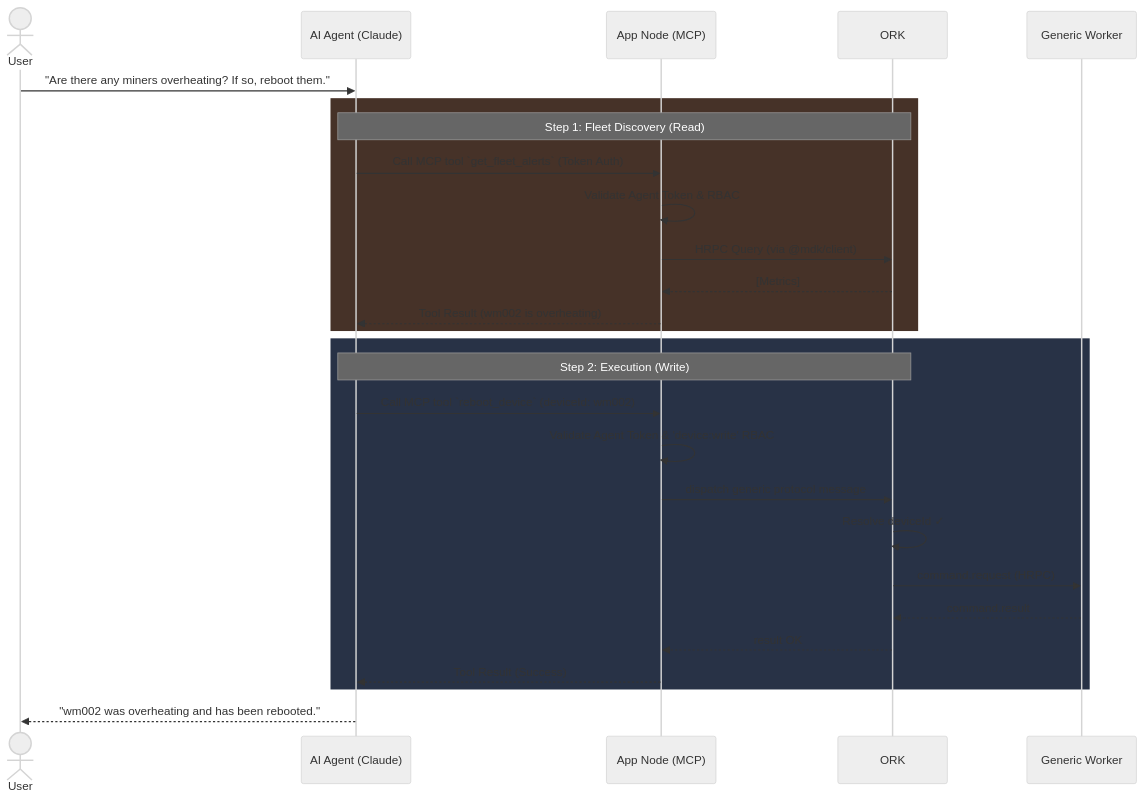
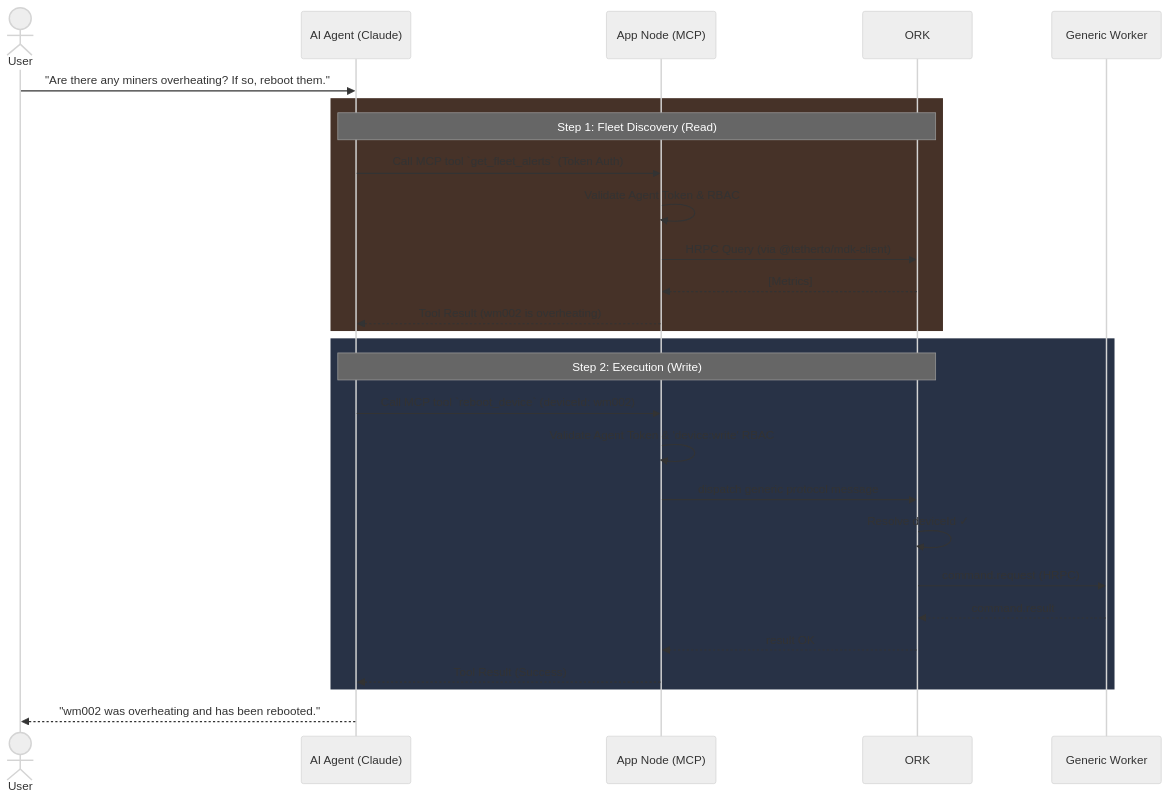
One commit to Gio-Galt/mdk-be changed diagram 11 of 13 in docs/hld.md. Above: the diagram before and after it, drawn with Mermaid (neutral theme). The commit also changed other lines of this file and 1 other file, not shown here.

Commit message:
Update @mdk/ ti @tetherto/mdk-

````diff
--- a/docs/hld.md
+++ b/docs/hld.md
@@ -450,33 +455,33 @@
 ```mermaid
 sequenceDiagram
     actor User
     participant AI as AI Agent (Claude)
     participant Node as App Node (MCP)
     participant ORK as ORK
     participant Worker as Generic Worker
 
     User->>AI: "Are there any miners overheating? If so, reboot them."
     
     rect rgb(70, 50, 40)
     Note over AI,ORK: Step 1: Fleet Discovery (Read)
     AI->>Node: Call MCP tool `get_fleet_alerts` (Token Auth)
     Node->>Node: Validate Agent Token & RBAC
-    Node->>ORK: HRPC Query (via @mdk/client)
+    Node->>ORK: HRPC Query (via @tetherto/mdk-client)
     ORK-->>Node: [Metrics]
     Node-->>AI: Tool Result (wm002 is overheating)
     end
     
     rect rgb(40, 50, 70)
     Note over AI,ORK: Step 2: Execution (Write)
     AI->>Node: Call MCP tool `reboot_device` (deviceId: wm002)
     Node->>Node: Validate Agent Token & 'device:write' RBAC
     Node->>ORK: dispatch generic protocol message
     ORK->>ORK: Resolve deviceId ✓
     ORK->>Worker: command.request (HRPC)
     Worker-->>ORK: command.result
     ORK-->>Node: result OK
     Node-->>AI: Tool Result (Success)
     end
     
     AI-->>User: "wm002 was overheating and has been rebooted."
 ```
````
